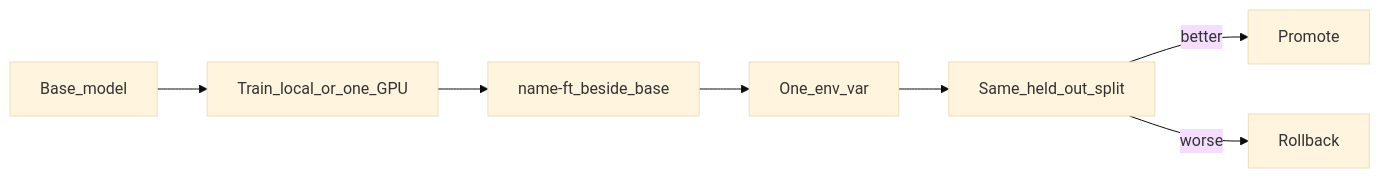
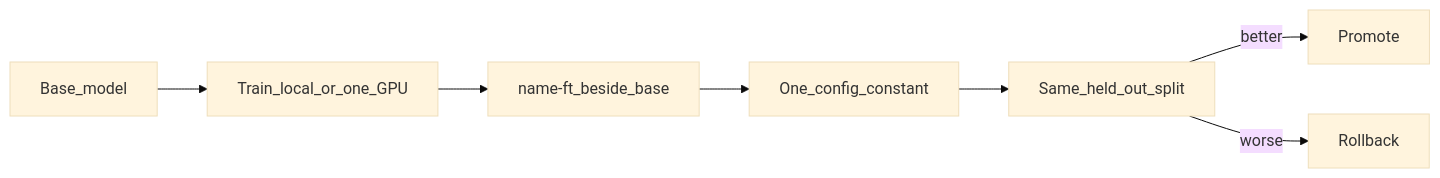
One commit to felixzhu97/explore-ml changed the eighth of 23 diagrams in docs/Guideline.md. Above: the diagram before and after it, drawn with Mermaid (base theme). The commit also changed other lines of this file and 22 other files, not shown here.

````diff
--- a/docs/Guideline.md
+++ b/docs/Guideline.md
@@ -186,11 +188,11 @@
 ```mermaid
 flowchart LR
   Base[Base_model]
   Train[Train_local_or_one_GPU]
   Ft[name-ft_beside_base]
-  Env[One_env_var]
+  Env[One_config_constant]
   Eval[Same_held_out_split]
   Base --> Train --> Ft --> Env --> Eval
   Eval -->|better| Promote[Promote]
   Eval -->|worse| Rollback[Rollback]
 ```
````
